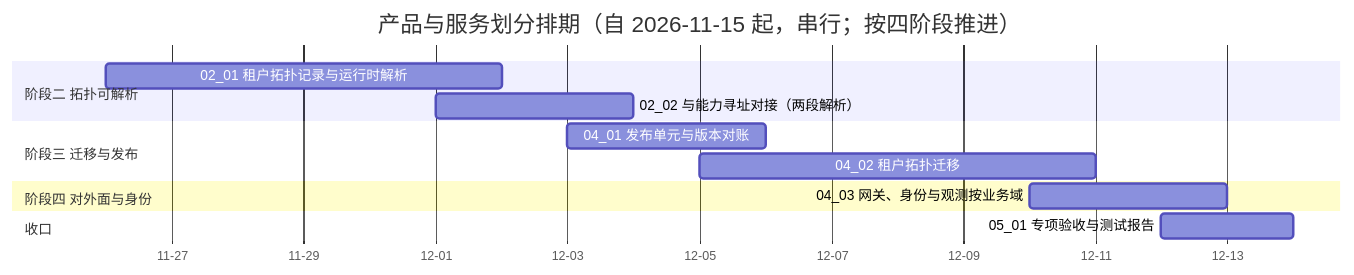
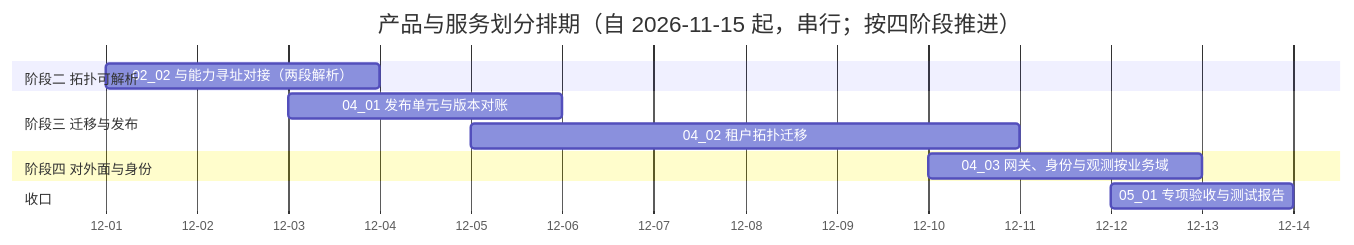
The diagram in bms文档/项目/07C_产品与服务划分/计划/01_计划_产品与服务划分.md (minjian123/basic-management-system), drawn with Mermaid before and after one commit. The commit also changed other lines of this file and 6 other files, not shown here.

````diff
--- a/bms文档/项目/07C_产品与服务划分/计划/01_计划_产品与服务划分.md
+++ b/bms文档/项目/07C_产品与服务划分/计划/01_计划_产品与服务划分.md
@@ -46,16 +46,15 @@
 ```mermaid
 gantt
     title 产品与服务划分排期（自 2026-11-15 起，串行；按四阶段推进）
     dateFormat  YYYY-MM-DD
     axisFormat %m-%d
     section 阶段二 拓扑可解析
-    02_01 租户拓扑记录与运行时解析 :c0201, 2026-11-26, 6d
     02_02 与能力寻址对接（两段解析） :c0202, 2026-12-01, 3d
     section 阶段三 迁移与发布
     04_01 发布单元与版本对账 :c0401, 2026-12-03, 3d
     04_02 租户拓扑迁移 :c0402, 2026-12-05, 6d
     section 阶段四 对外面与身份
     04_03 网关、身份与观测按业务域 :c0403, 2026-12-10, 3d
     section 收口
     05_01 专项验收与测试报告 :c0501, 2026-12-12, 2d
 ```
````
